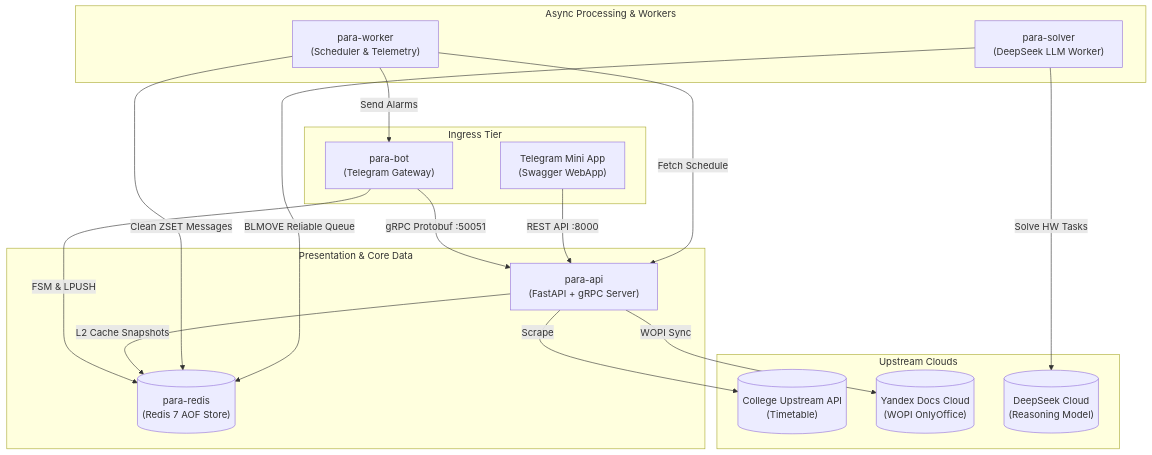
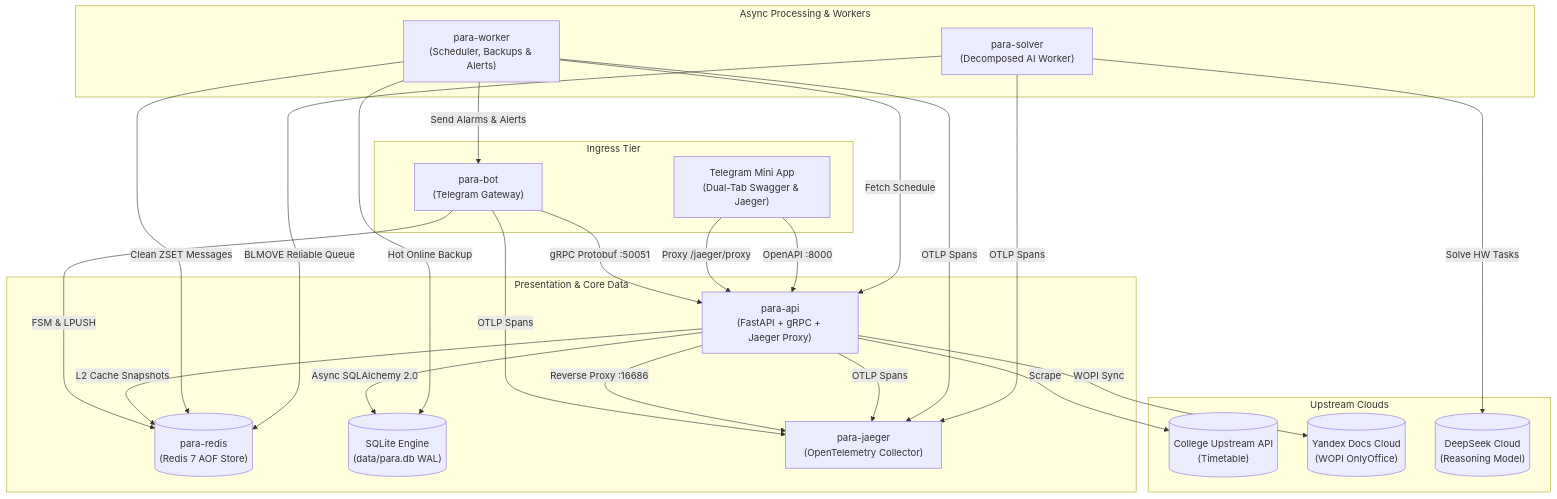
Before and after one commit to Utkautka1/para: the diagram in README.md, drawn with Mermaid. The commit also changed other lines of this file, not shown here.

````diff
--- a/README.md
+++ b/README.md
@@ -130,35 +141,45 @@
 ```mermaid
 graph TD
     subgraph Ingress Tier
         Bot["para-bot\n(Telegram Gateway)"]
-        MiniApp["Telegram Mini App\n(Swagger WebApp)"]
+        MiniApp["Telegram Mini App\n(Dual-Tab Swagger & Jaeger)"]
     end
 
     subgraph Presentation & Core Data
-        Api["para-api\n(FastAPI + gRPC Server)"]
+        Api["para-api\n(FastAPI + gRPC + Jaeger Proxy)"]
         Redis[("para-redis\n(Redis 7 AOF Store)")]
+        Sqlite[("SQLite Engine\n(data/para.db WAL)")]
+        Jaeger["para-jaeger\n(OpenTelemetry Collector)"]
     end
 
     subgraph Async Processing & Workers
-        Worker["para-worker\n(Scheduler & Telemetry)"]
-        Solver["para-solver\n(DeepSeek LLM Worker)"]
+        Worker["para-worker\n(Scheduler, Backups & Alerts)"]
+        Solver["para-solver\n(Decomposed AI Worker)"]
     end
 
     subgraph Upstream Clouds
         KTMU[("College Upstream API\n(Timetable)")]
         Yandex[("Yandex Docs Cloud\n(WOPI OnlyOffice)")]
         DeepSeek[("DeepSeek Cloud\n(Reasoning Model)")]
     end
 
     Bot -->|gRPC Protobuf :50051| Api
     Bot -->|FSM & LPUSH| Redis
-    MiniApp -->|REST API :8000| Api
+    Bot -->|OTLP Spans| Jaeger
+    MiniApp -->|Proxy /jaeger/proxy| Api
+    MiniApp -->|OpenAPI :8000| Api
+    Api -->|Reverse Proxy :16686| Jaeger
     Api -->|L2 Cache Snapshots| Redis
+    Api -->|Async SQLAlchemy 2.0| Sqlite
+    Api -->|OTLP Spans| Jaeger
     Api -->|Scrape| KTMU
     Api -->|WOPI Sync| Yandex
     Worker -->|Fetch Schedule| Api
     Worker -->|Clean ZSET Messages| Redis
-    Worker -->|Send Alarms| Bot
+    Worker -->|Hot Online Backup| Sqlite
+    Worker -->|Send Alarms & Alerts| Bot
+    Worker -->|OTLP Spans| Jaeger
     Solver -->|BLMOVE Reliable Queue| Redis
     Solver -->|Solve HW Tasks| DeepSeek
+    Solver -->|OTLP Spans| Jaeger
 ```
````
